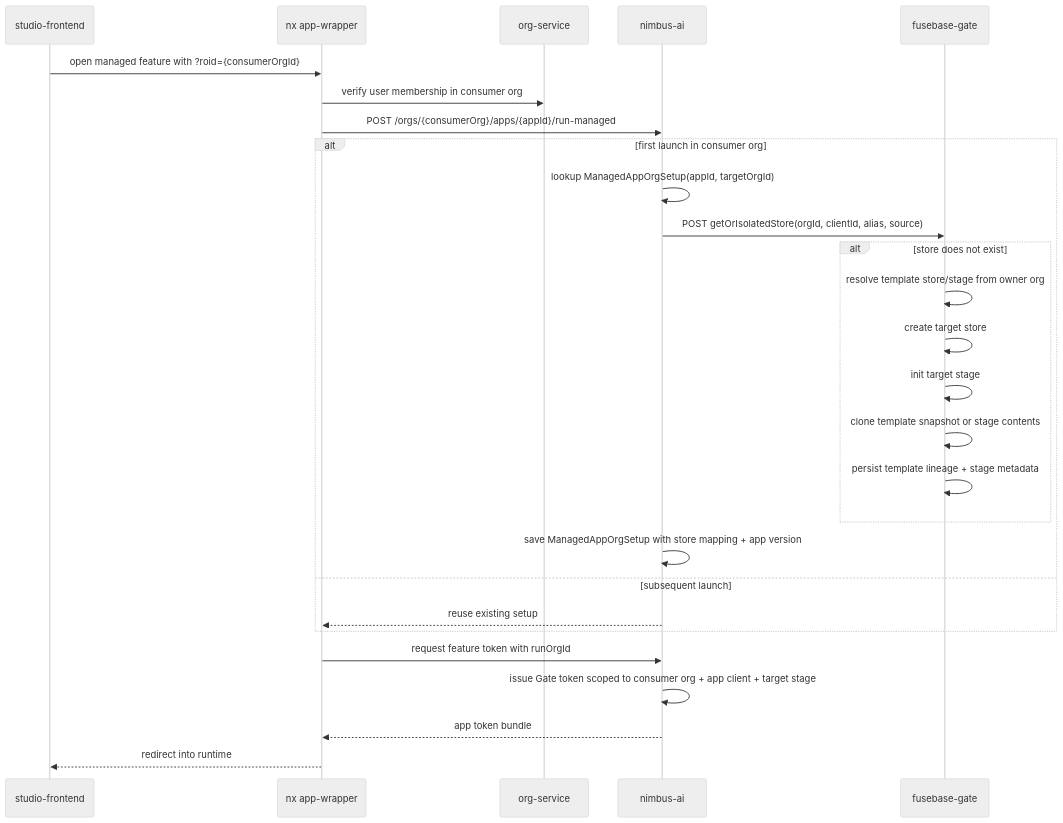
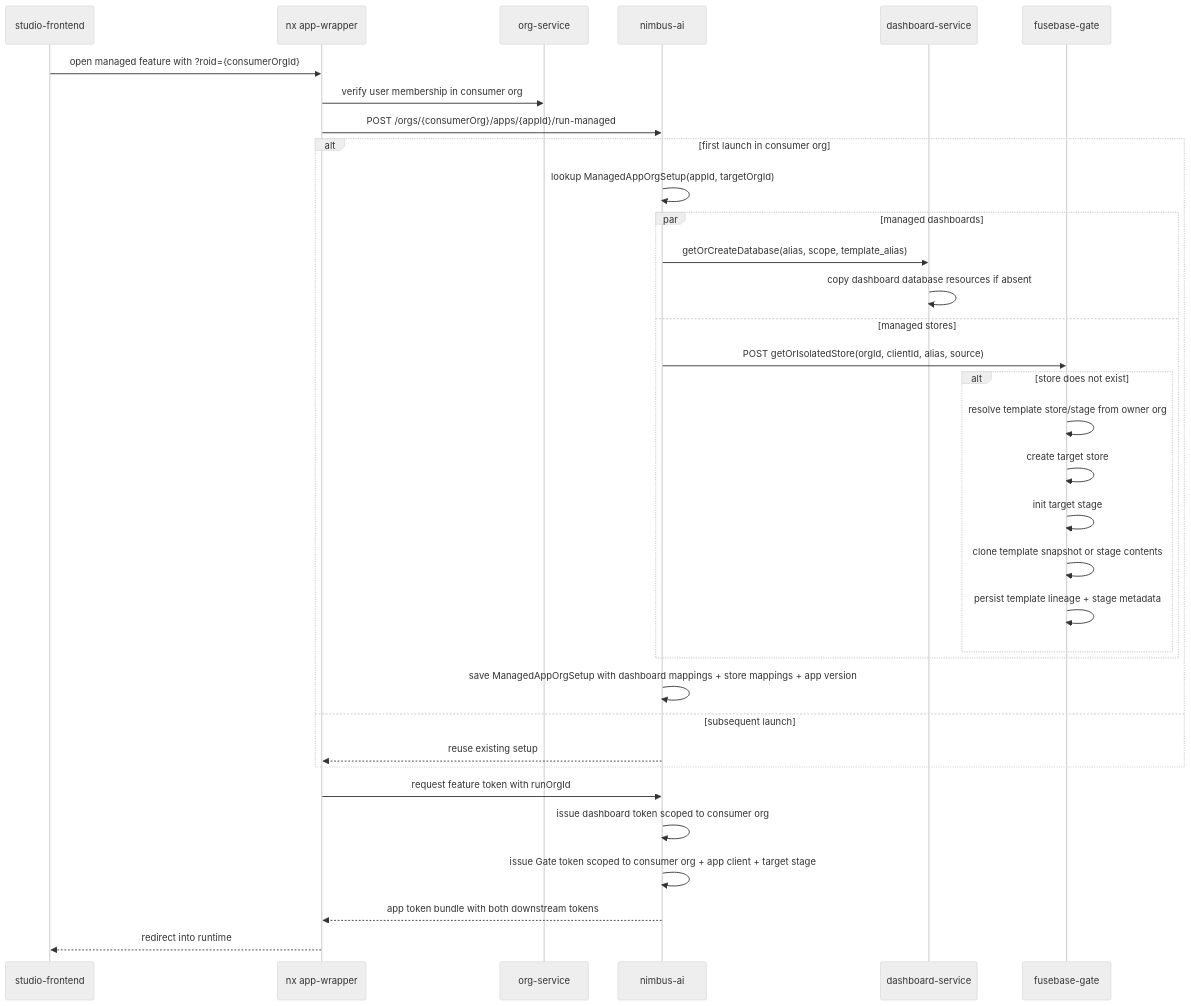
The second of 2 diagrams in docs/managed-apps-flow.md (fusebase-dev/fusebase-cli), drawn with Mermaid (neutral theme) before and after one commit. The commit also changed other lines of this file and 2 other files, not shown here.

First line of the commit message:
docs: enhance managed apps flow documentation and backend practices

````diff
--- a/docs/managed-apps-flow.md
+++ b/docs/managed-apps-flow.md
@@ -529,32 +536,39 @@
 ```mermaid
 sequenceDiagram
     participant Studio as studio-frontend
     participant Wrap as nx app-wrapper
     participant Org as org-service
     participant NAI as nimbus-ai
+    participant Dash as dashboard-service
     participant Gate as fusebase-gate
 
     Studio->>Wrap: open managed feature with ?roid={consumerOrgId}
     Wrap->>Org: verify user membership in consumer org
     Wrap->>NAI: POST /orgs/{consumerOrg}/apps/{appId}/run-managed
 
     alt first launch in consumer org
         NAI->>NAI: lookup ManagedAppOrgSetup(appId, targetOrgId)
-        NAI->>Gate: POST getOrIsolatedStore(orgId, clientId, alias, source)
-        alt store does not exist
-            Gate->>Gate: resolve template store/stage from owner org
-            Gate->>Gate: create target store
-            Gate->>Gate: init target stage
-            Gate->>Gate: clone template snapshot or stage contents
-            Gate->>Gate: persist template lineage + stage metadata
+        par managed dashboards
+            NAI->>Dash: getOrCreateDatabase(alias, scope, template_alias)
+            Dash->>Dash: copy dashboard database resources if absent
+        and managed stores
+            NAI->>Gate: POST getOrIsolatedStore(orgId, clientId, alias, source)
+            alt store does not exist
+                Gate->>Gate: resolve template store/stage from owner org
+                Gate->>Gate: create target store
+                Gate->>Gate: init target stage
+                Gate->>Gate: clone template snapshot or stage contents
+                Gate->>Gate: persist template lineage + stage metadata
+            end
         end
-        NAI->>NAI: save ManagedAppOrgSetup with store mapping + app version
+        NAI->>NAI: save ManagedAppOrgSetup with dashboard mappings + store mappings + app version
     else subsequent launch
         NAI-->>Wrap: reuse existing setup
     end
 
     Wrap->>NAI: request feature token with runOrgId
+    NAI->>NAI: issue dashboard token scoped to consumer org
     NAI->>NAI: issue Gate token scoped to consumer org + app client + target stage
-    NAI-->>Wrap: app token bundle
+    NAI-->>Wrap: app token bundle with both downstream tokens
     Wrap-->>Studio: redirect into runtime
 ```
````
